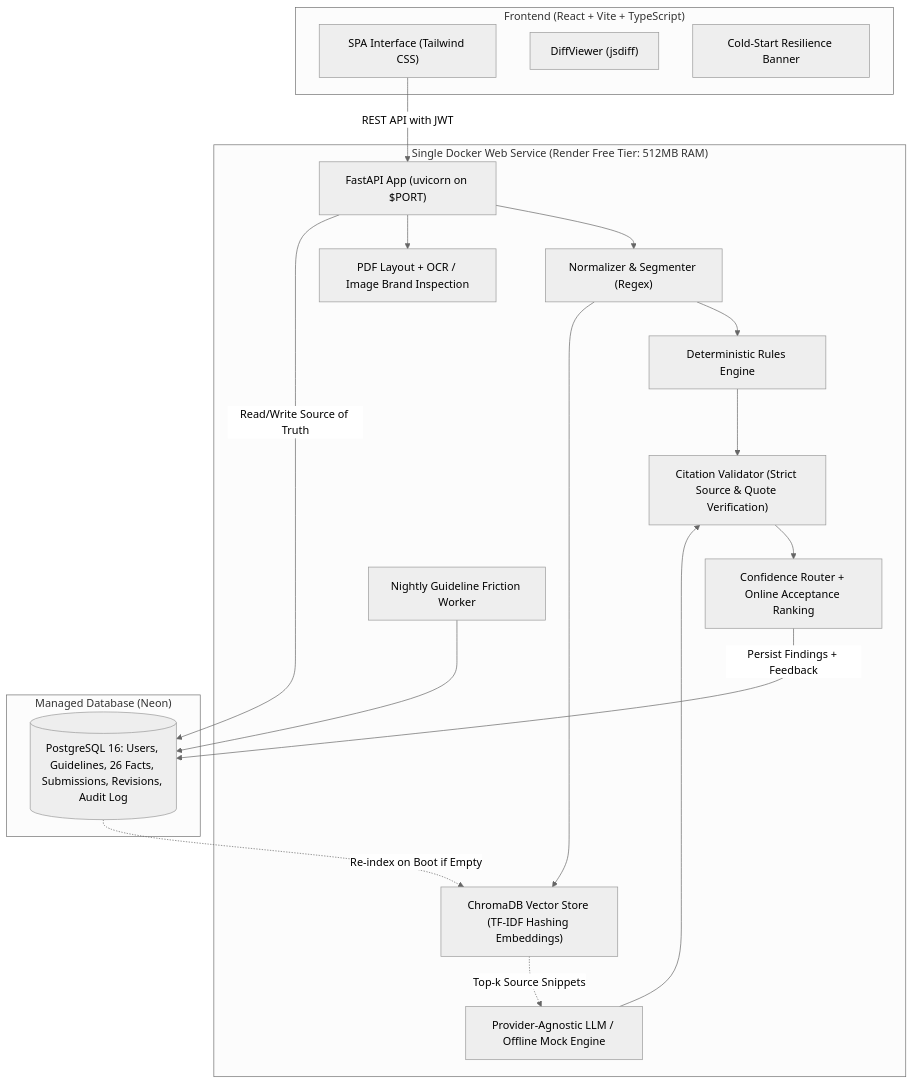
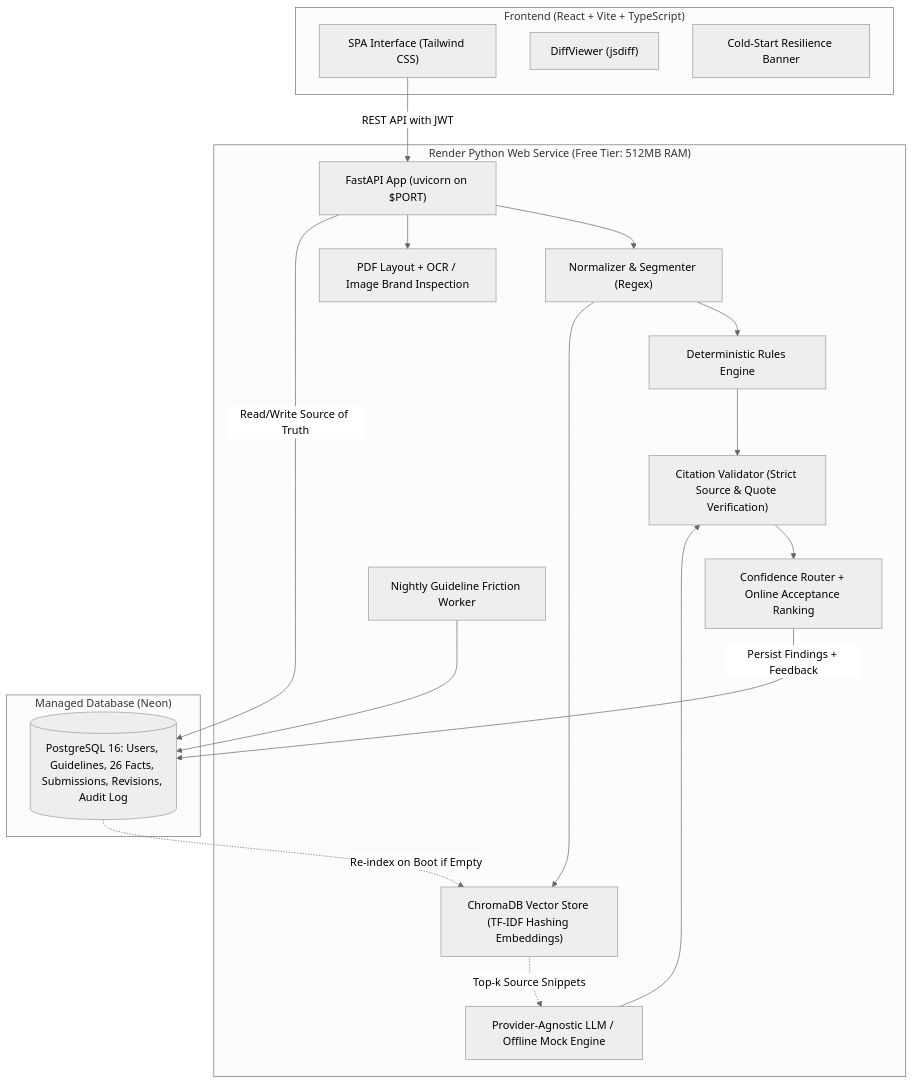
One commit to shwetarahate13/BrandGuard changed the diagram in README.md. Above: the diagram before and after it, drawn with Mermaid (neutral theme). The commit also changed other lines of this file and 38 other files, not shown here.

````diff
--- a/README.md
+++ b/README.md
@@ -14,37 +14,37 @@
 ```mermaid
 flowchart TD
     subgraph Client["Frontend (React + Vite + TypeScript)"]
         UI["SPA Interface (Tailwind CSS)"]
         DIFF["DiffViewer (jsdiff)"]
         COLD["Cold-Start Resilience Banner"]
     end
 
-    subgraph Service["Single Docker Web Service (Render Free Tier: 512MB RAM)"]
+    subgraph Service["Render Python Web Service (Free Tier: 512MB RAM)"]
         FASTAPI["FastAPI App (uvicorn on $PORT)"]
         NORM["Normalizer & Segmenter (Regex)"]
         RULES["Deterministic Rules Engine"]
         CHROMA["ChromaDB Vector Store (TF-IDF Hashing Embeddings)"]
         LLM["Provider-Agnostic LLM / Offline Mock Engine"]
         VAL["Citation Validator (Strict Source & Quote Verification)"]
         CONF["Confidence Router + Online Acceptance Ranking"]
         MEDIA["PDF Layout + OCR / Image Brand Inspection"]
         DFI["Nightly Guideline Friction Worker"]
     end
 
     subgraph Storage["Managed Database (Neon)"]
         PG[("PostgreSQL 16: Users, Guidelines, 26 Facts, Submissions, Revisions, Audit Log")]
     end
 
     UI -->|REST API with JWT| FASTAPI
     FASTAPI --> NORM
     FASTAPI --> MEDIA
     DFI --> PG
     NORM --> RULES
     NORM --> CHROMA
     CHROMA -.->|Top-k Source Snippets| LLM
     RULES & LLM --> VAL
     VAL --> CONF
     CONF -->|Persist Findings + Feedback| PG
     FASTAPI -->|Read/Write Source of Truth| PG
     PG -.->|Re-index on Boot if Empty| CHROMA
 ```
````
